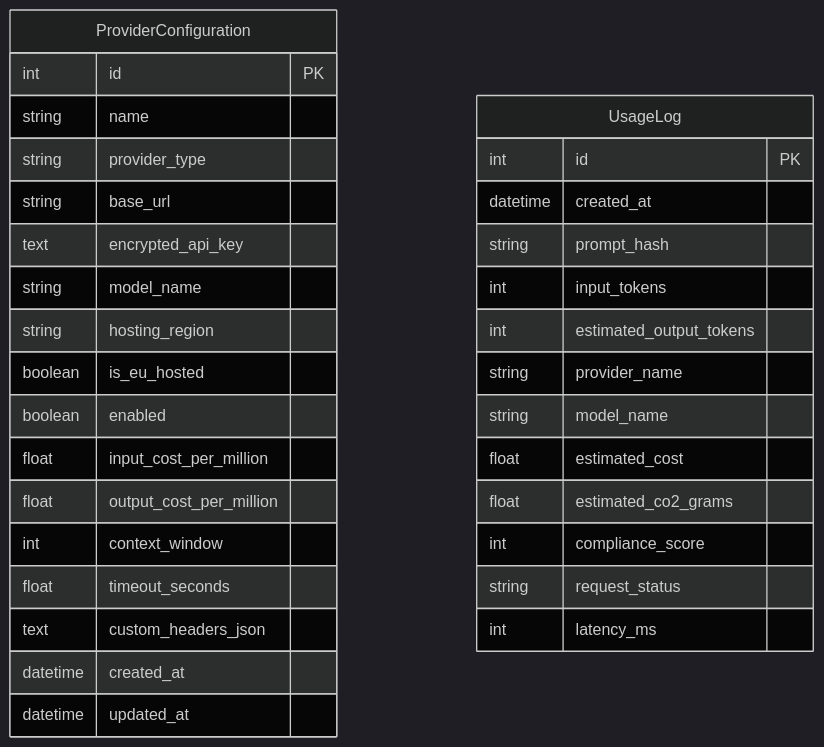
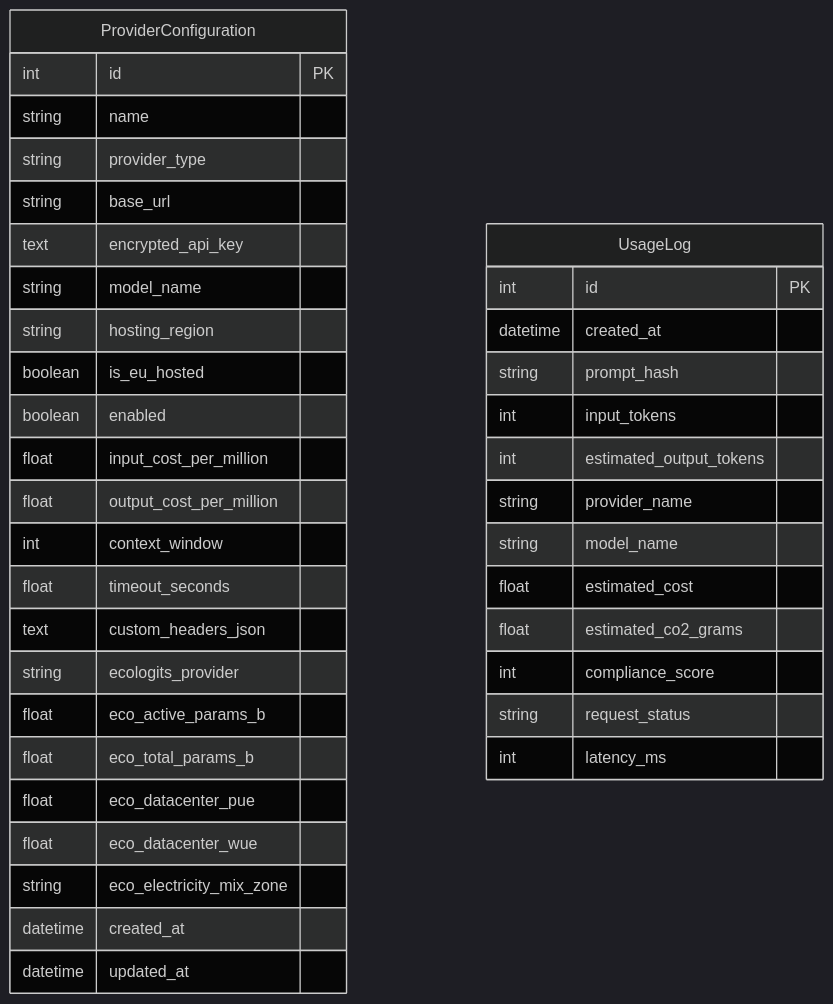
Before and after one commit to Enver-sc/AI-Lab: the seventh of 7 diagrams in docs/TECHNISCHE_DOKUMENTATION.md, drawn with Mermaid (dark theme). The commit also changed other lines of this file and 58 other files, not shown here.

````diff
--- a/docs/TECHNISCHE_DOKUMENTATION.md
+++ b/docs/TECHNISCHE_DOKUMENTATION.md
@@ -273,36 +305,42 @@
 ```mermaid
 erDiagram
     ProviderConfiguration {
         int id PK
         string name
         string provider_type
         string base_url
         text encrypted_api_key
         string model_name
         string hosting_region
         boolean is_eu_hosted
         boolean enabled
         float input_cost_per_million
         float output_cost_per_million
         int context_window
         float timeout_seconds
         text custom_headers_json
+        string ecologits_provider
+        float eco_active_params_b
+        float eco_total_params_b
+        float eco_datacenter_pue
+        float eco_datacenter_wue
+        string eco_electricity_mix_zone
         datetime created_at
         datetime updated_at
     }
 
     UsageLog {
         int id PK
         datetime created_at
         string prompt_hash
         int input_tokens
         int estimated_output_tokens
         string provider_name
         string model_name
         float estimated_cost
         float estimated_co2_grams
         int compliance_score
         string request_status
         int latency_ms
     }
 ```
````
